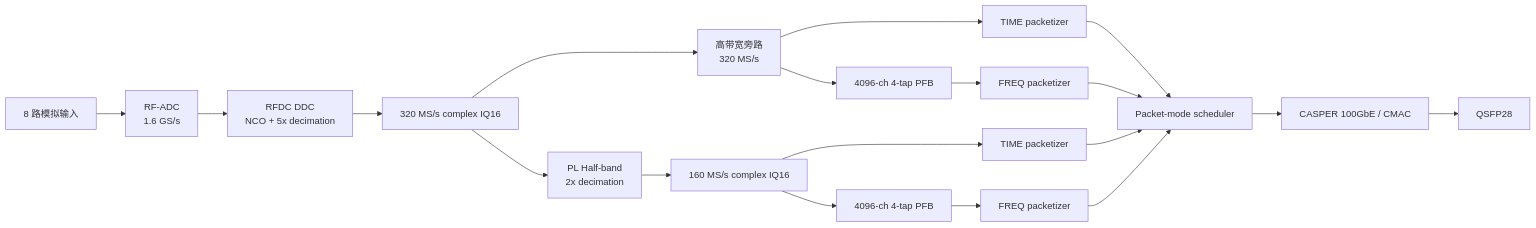
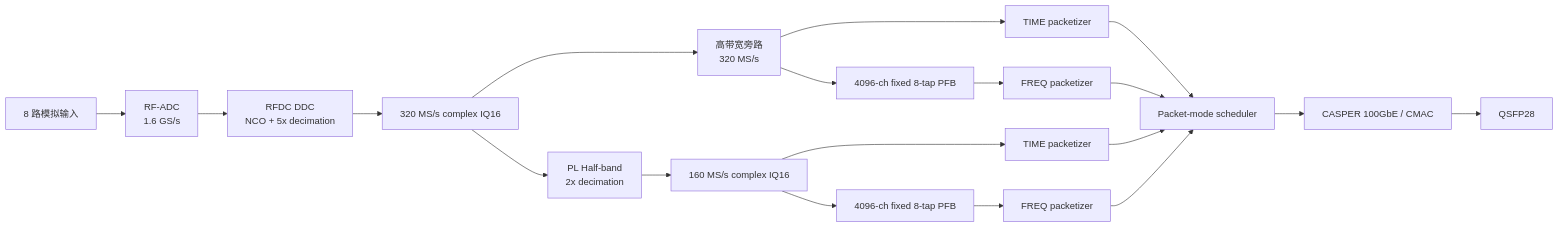
Before and after one commit to happyseayou/t510-fengine: the first of 4 diagrams in reports/arch/T510_QSFP28_100G_dual_mode_design_v1.1.md, drawn with Mermaid. The commit also changed other lines of this file and 123 other files, not shown here.

````diff
--- a/reports/arch/T510_QSFP28_100G_dual_mode_design_v1.1.md
+++ b/reports/arch/T510_QSFP28_100G_dual_mode_design_v1.1.md
@@ -317,26 +317,26 @@
 ```mermaid
 flowchart LR
     A[8 路模拟输入] --> B[RF-ADC\n1.6 GS/s]
     B --> C[RFDC DDC\nNCO + 5x decimation]
     C --> D[320 MS/s complex IQ16]
 
     D --> E1[高带宽旁路\n320 MS/s]
     D --> E2[PL Half-band\n2x decimation]
     E2 --> F[160 MS/s complex IQ16]
 
     E1 --> G1[TIME packetizer]
-    E1 --> H1[4096-ch 4-tap PFB]
+    E1 --> H1[4096-ch fixed 8-tap PFB]
     H1 --> I1[FREQ packetizer]
 
     F --> G2[TIME packetizer]
-    F --> H2[4096-ch 4-tap PFB]
+    F --> H2[4096-ch fixed 8-tap PFB]
     H2 --> I2[FREQ packetizer]
 
     G1 --> S[Packet-mode scheduler]
     I1 --> S
     G2 --> S
     I2 --> S
 
     S --> Q[CASPER 100GbE / CMAC]
     Q --> R[QSFP28]
 ```
````
